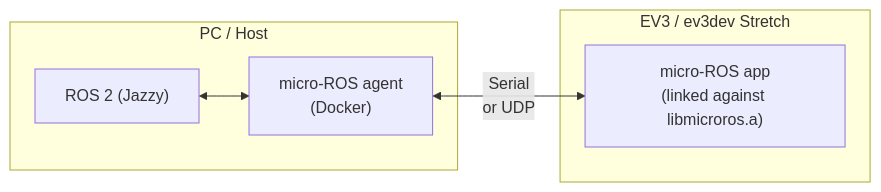
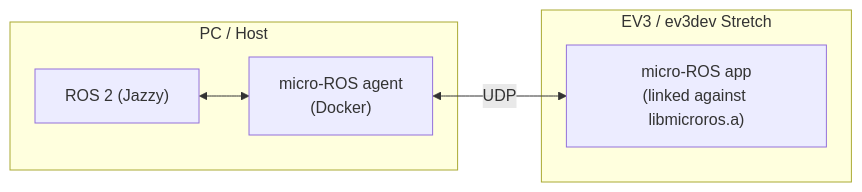
Before and after one commit to racarla96/micro_ros_ev3: the diagram in README.md, drawn with Mermaid. The commit also changed other lines of this file and 20 other files, not shown here.

````diff
--- a/README.md
+++ b/README.md
@@ -10,12 +10,12 @@
 ```mermaid
 graph LR
     subgraph PC["PC / Host"]
         ROS2["ROS 2 (Jazzy)"]
         Agent["micro-ROS agent\n(Docker)"]
         ROS2 <--> Agent
     end
     subgraph EV3["EV3 / ev3dev Stretch"]
         App["micro-ROS app\n(linked against libmicroros.a)"]
     end
-    Agent <-->|"Serial\nor UDP"| App
+    Agent <-->|"UDP"| App
 ```
````
